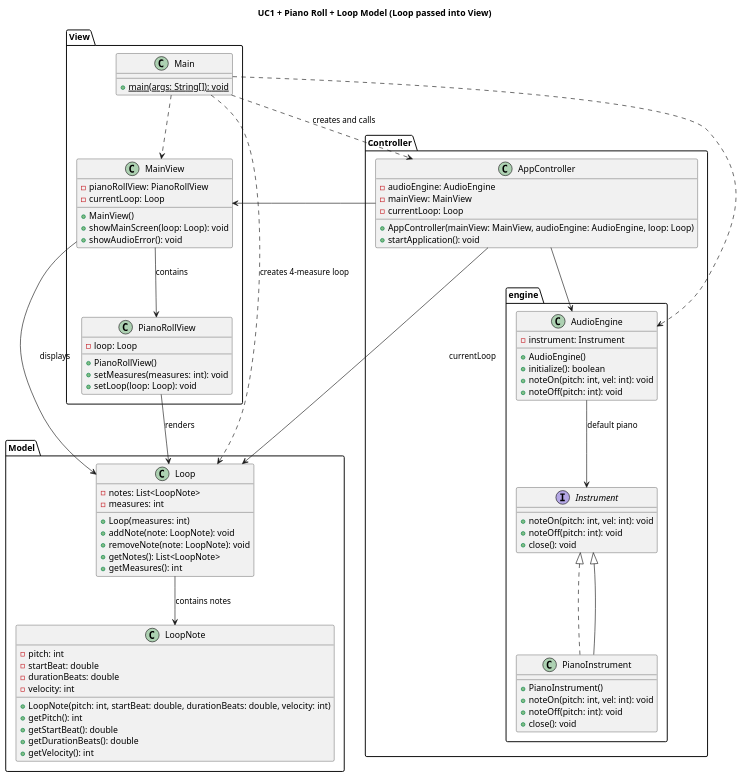
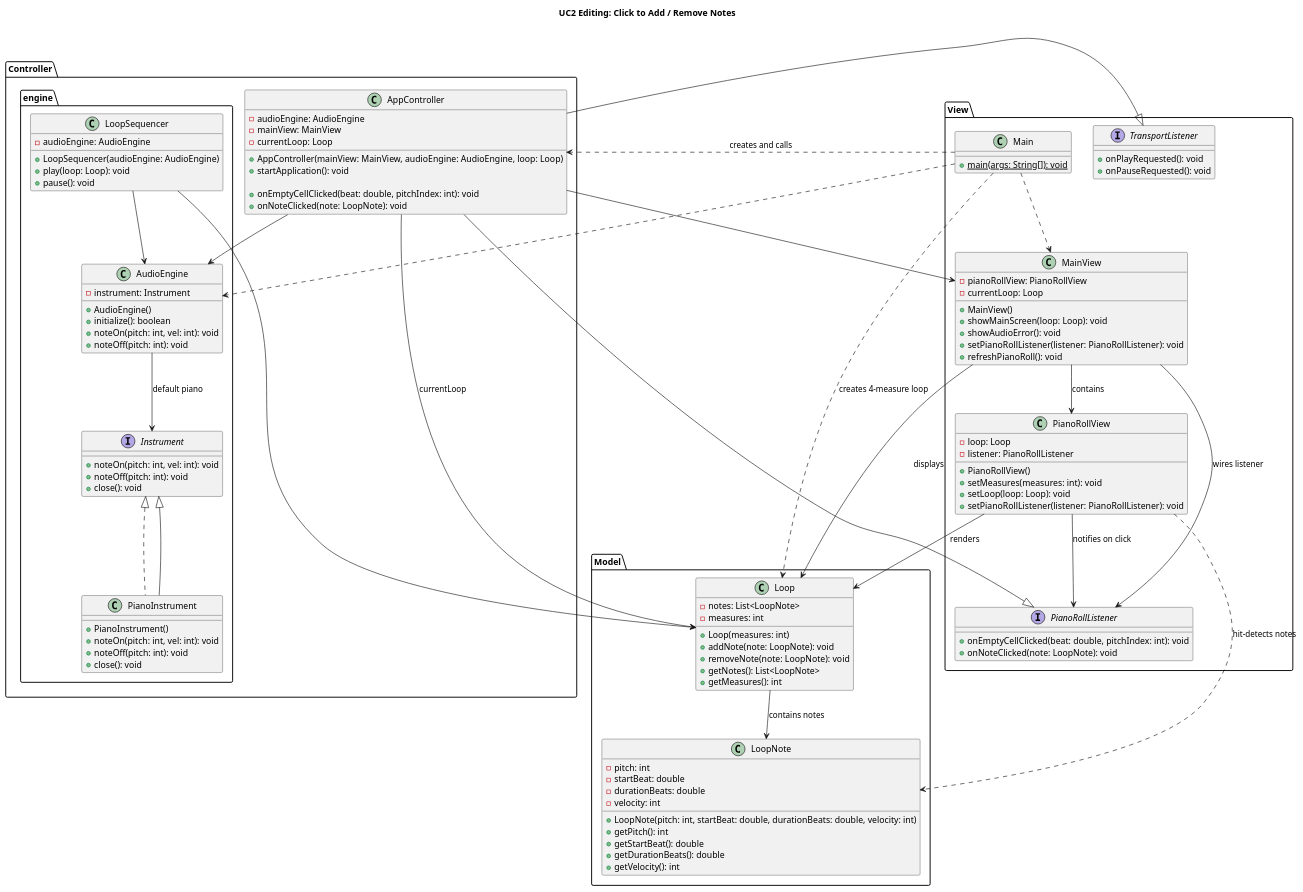
The diagram in docs/design/design.puml (nu-cs-sw-design/project-20252601-music_platform), drawn with PlantUML before and after one commit. The commit also changed 5 other files, not shown here.

```diff
--- a/docs/design/design.puml
+++ b/docs/design/design.puml
@@ -1,107 +1,139 @@
 @startuml
-title UC1 + Piano Roll + Loop Model (Loop passed into View)
+title UC2 Editing: Click to Add / Remove Notes
 
 package View {
     class Main {
         +{static} main(args: String[]): void
     }
 
     class MainView {
         -pianoRollView: PianoRollView
         -currentLoop: Loop
 
         +MainView()
         +showMainScreen(loop: Loop): void
         +showAudioError(): void
+        +setPianoRollListener(listener: PianoRollListener): void
+        +refreshPianoRoll(): void
     }
 
     class PianoRollView {
         -loop: Loop
+        -listener: PianoRollListener
 
         +PianoRollView()
         +setMeasures(measures: int): void
         +setLoop(loop: Loop): void
+        +setPianoRollListener(listener: PianoRollListener): void
+        ' Internally handles mouse clicks, then calls listener
+    }
+
+    interface PianoRollListener {
+        +onEmptyCellClicked(beat: double, pitchIndex: int): void
+        +onNoteClicked(note: LoopNote): void
+    }
+
+    interface TransportListener {
+       +onPlayRequested(): void
+        +onPauseRequested(): void
     }
 }
 
 package Model {
     class Loop {
         -notes: List<LoopNote>
         -measures: int
 
         +Loop(measures: int)
         +addNote(note: LoopNote): void
         +removeNote(note: LoopNote): void
         +getNotes(): List<LoopNote>
         +getMeasures(): int
     }
 
     class LoopNote {
         -pitch: int
         -startBeat: double
         -durationBeats: double
         -velocity: int
 
         +LoopNote(pitch: int, startBeat: double, durationBeats: double, velocity: int)
         +getPitch(): int
         +getStartBeat(): double
         +getDurationBeats(): double
         +getVelocity(): int
     }
 }
 
 package Controller {
     class AppController {
         -audioEngine: AudioEngine
         -mainView: MainView
         -currentLoop: Loop
 
         +AppController(mainView: MainView, audioEngine: AudioEngine, loop: Loop)
         +startApplication(): void
+
+        +onEmptyCellClicked(beat: double, pitchIndex: int): void
+        +onNoteClicked(note: LoopNote): void
     }
+
+    AppController --|> PianoRollListener
 
     package engine {
         interface Instrument {
             +noteOn(pitch: int, vel: int): void
             +noteOff(pitch: int): void
             +close(): void
         }
 
         class PianoInstrument implements Instrument {
             +PianoInstrument()
             +noteOn(pitch: int, vel: int): void
             +noteOff(pitch: int): void
             +close(): void
         }
 
         class AudioEngine {
             -instrument: Instrument
             +AudioEngine()
             +initialize(): boolean
             +noteOn(pitch: int, vel: int): void
             +noteOff(pitch: int): void
         }
+        class LoopSequencer {
+                    -audioEngine: AudioEngine
+                    +LoopSequencer(audioEngine: AudioEngine)
+                    +play(loop: Loop): void
+                    +pause(): void
+                }
     }
 }
 
 ' --- Relationships ---
 
 Main ..> AppController : "creates and calls"
 Main ..> MainView
 Main ..> AudioEngine
 Main ..> Loop : "creates 4-measure loop"
 
 MainView --> PianoRollView : "contains"
 MainView --> Loop : "displays"
+MainView --> PianoRollListener : "wires listener"
+
 PianoRollView --> Loop : "renders"
+PianoRollView ..> LoopNote : "hit-detects notes"
+PianoRollView --> PianoRollListener : "notifies on click"
 
 AppController --> MainView
 AppController --> AudioEngine
 AppController --> Loop : "currentLoop"
 
 Controller.engine.PianoInstrument --|> Controller.engine.Instrument
 Controller.engine.AudioEngine --> Controller.engine.Instrument : "default piano"
 
 Loop --> LoopNote : "contains notes"
-
+Controller.engine.LoopSequencer --> Controller.engine.AudioEngine
+Controller.engine.LoopSequencer --> Loop
+AppController --|> TransportListener
 @enduml
```
